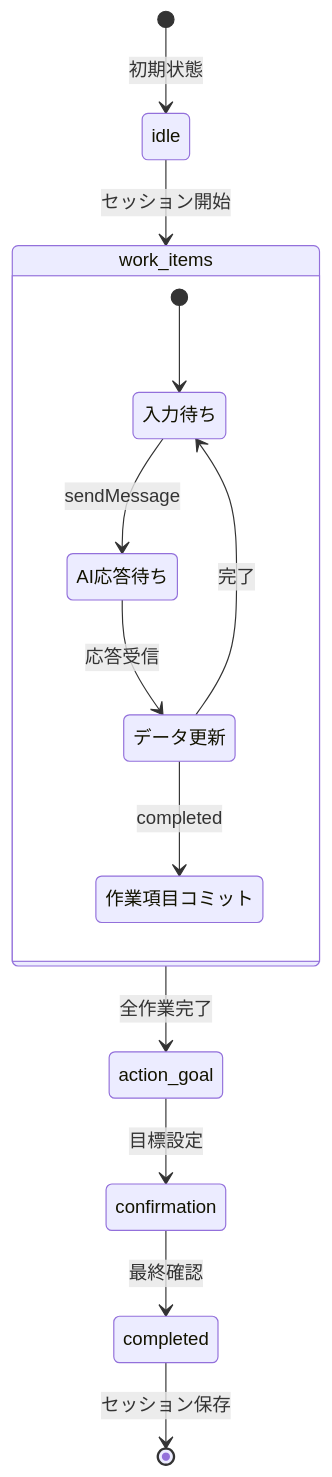
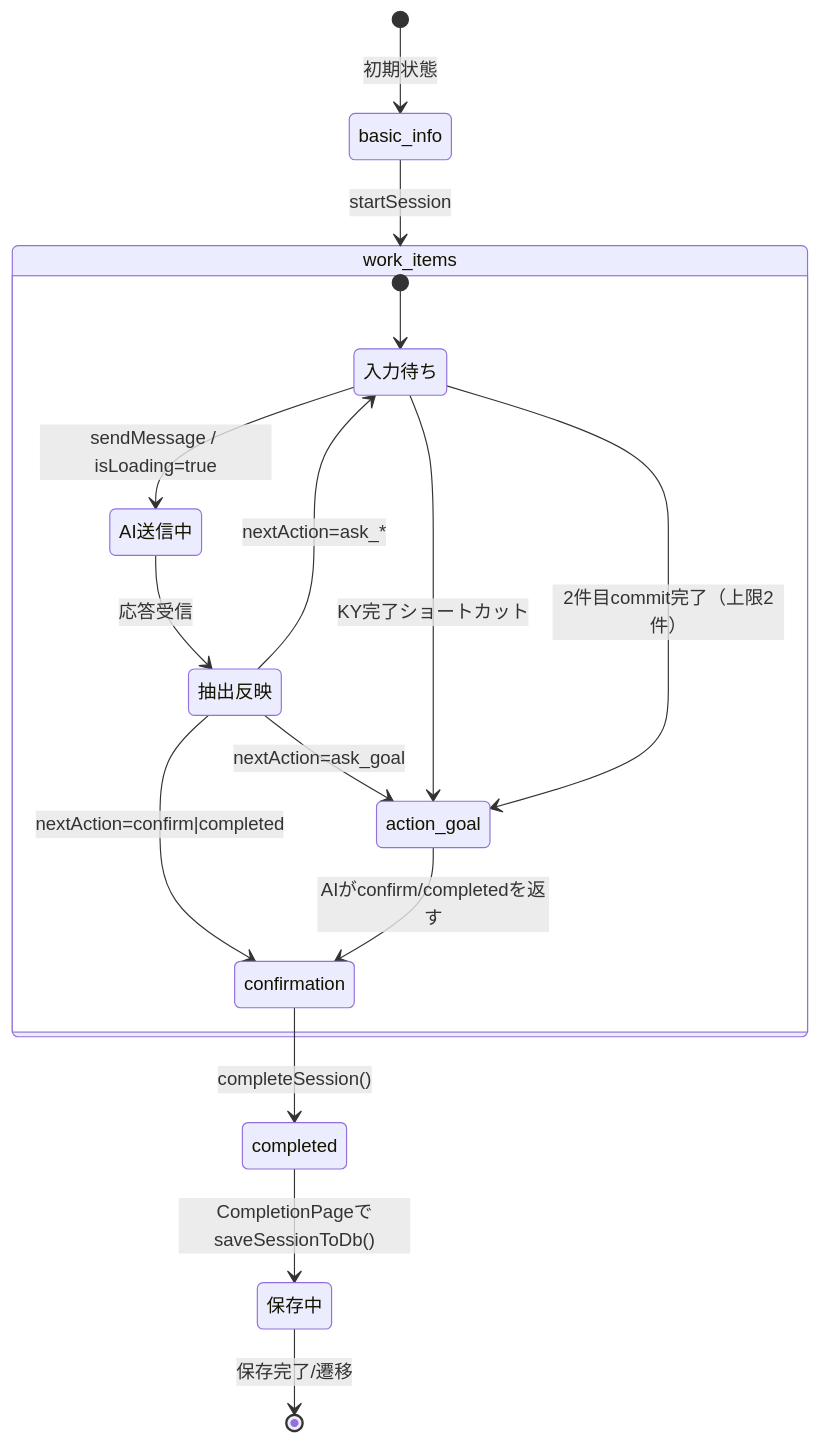
Before and after one commit to Ibar-Aki/solar-aldrin: diagram 11 of 16 in apps/v2-modern/docs/00_overview/00_Master_Technical_Reference.md, drawn with Mermaid. The commit also changed other lines of this file and 13 other files, not shown here.

````diff
--- a/apps/v2-modern/docs/00_overview/00_Master_Technical_Reference.md
+++ b/apps/v2-modern/docs/00_overview/00_Master_Technical_Reference.md
@@ -1010,18 +1010,22 @@
 ```mermaid
 stateDiagram-v2
-    [*] --> idle: 初期状態
-    idle --> work_items: セッション開始
-    
+    [*] --> basic_info: 初期状態
+    basic_info --> work_items: startSession
+
     state work_items {
         [*] --> 入力待ち
-        入力待ち --> AI応答待ち: sendMessage
-        AI応答待ち --> データ更新: 応答受信
-        データ更新 --> 入力待ち: 完了
-        データ更新 --> 作業項目コミット: completed
+        入力待ち --> AI送信中: sendMessage / isLoading=true
+        AI送信中 --> 抽出反映: 応答受信
+        抽出反映 --> 入力待ち: nextAction=ask_*
+        抽出反映 --> action_goal: nextAction=ask_goal
+        抽出反映 --> confirmation: nextAction=confirm|completed
+
+        入力待ち --> action_goal: KY完了ショートカット
+        入力待ち --> action_goal: 2件目commit完了（上限2件）
     }
-    
-    work_items --> action_goal: 全作業完了
-    action_goal --> confirmation: 目標設定
-    confirmation --> completed: 最終確認
-    completed --> [*]: セッション保存
+
+    action_goal --> confirmation: AIがconfirm/completedを返す
+    confirmation --> completed: completeSession()
+    completed --> 保存中: CompletionPageでsaveSessionToDb()
+    保存中 --> [*]: 保存完了/遷移
 ```
````
